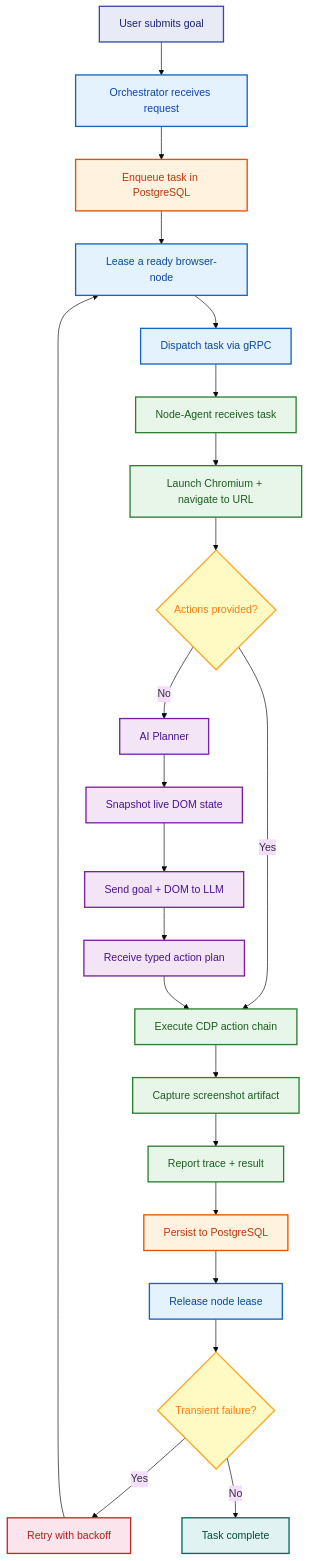
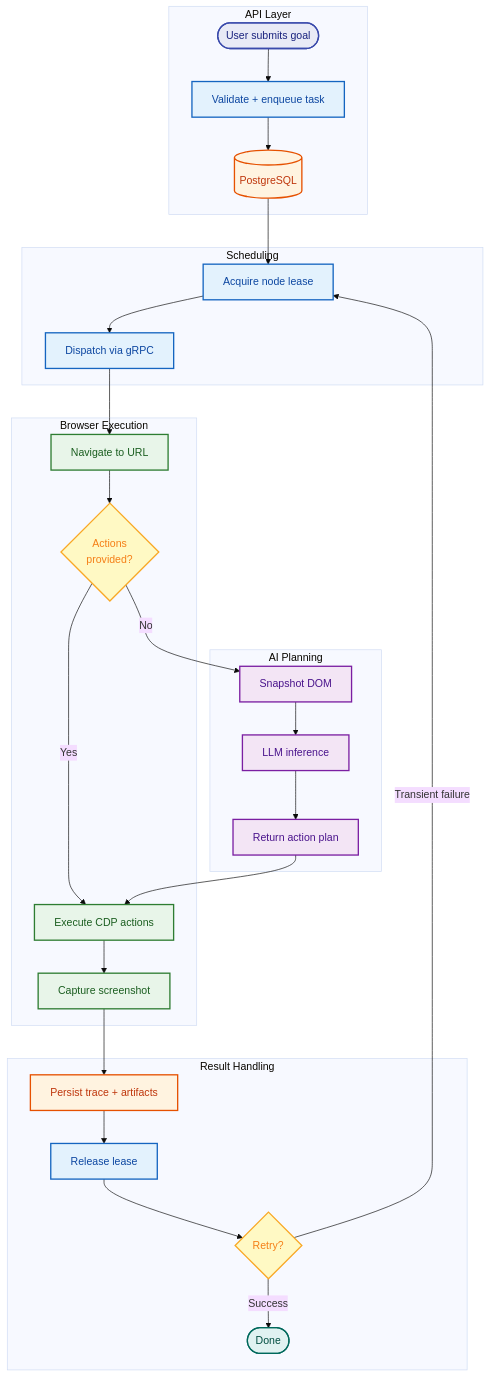
The first of 2 diagrams in README.md (VenkatGGG/Browser-use), drawn with Mermaid (base theme) before and after one commit. The commit also changed other lines of this file, not shown here.

Commit message:
docs: restructure diagrams with subgraph layers and cleaner flow

````diff
--- a/README.md
+++ b/README.md
@@ -38,33 +38,48 @@
 ```mermaid
 flowchart TD
-    A["User submits goal"]:::user --> B["Orchestrator receives request"]:::orch
-    B --> C["Enqueue task in PostgreSQL"]:::data
-    C --> D["Lease a ready browser-node"]:::orch
-    D --> E["Dispatch task via gRPC"]:::orch
-    E --> F["Node-Agent receives task"]:::sandbox
-    F --> G["Launch Chromium + navigate to URL"]:::sandbox
-    G --> H{"Actions provided?"}:::decision
-    H -- Yes --> J["Execute CDP action chain"]:::sandbox
-    H -- No --> I["AI Planner"]:::ai
-    I --> I1["Snapshot live DOM state"]:::ai
-    I1 --> I2["Send goal + DOM to LLM"]:::ai
-    I2 --> I3["Receive typed action plan"]:::ai
-    I3 --> J
-    J --> K["Capture screenshot artifact"]:::sandbox
-    K --> L["Report trace + result"]:::sandbox
-    L --> M["Persist to PostgreSQL"]:::data
-    M --> N["Release node lease"]:::orch
-    N --> O{"Transient failure?"}:::decision
-    O -- Yes --> P["Retry with backoff"]:::retry
-    P --> D
-    O -- No --> Q["Task complete"]:::done
+    subgraph API ["API Layer"]
+        A(["User submits goal"]):::user
+        B["Validate + enqueue task"]:::orch
+        C[("PostgreSQL")]:::data
+    end
+
+    subgraph SCHED ["Scheduling"]
+        D["Acquire node lease"]:::orch
+        E["Dispatch via gRPC"]:::orch
+    end
+
+    subgraph EXEC ["Browser Execution"]
+        F["Navigate to URL"]:::sandbox
+        H{"Actions\nprovided?"}:::decision
+        J["Execute CDP actions"]:::sandbox
+        K["Capture screenshot"]:::sandbox
+    end
+
+    subgraph PLAN ["AI Planning"]
+        I1["Snapshot DOM"]:::ai
+        I2["LLM inference"]:::ai
+        I3["Return action plan"]:::ai
+    end
+
+    subgraph RESULT ["Result Handling"]
+        L["Persist trace + artifacts"]:::data
+        N["Release lease"]:::orch
+        O{"Retry?"}:::decision
+        Q(["Done"]):::done
+    end
+
+    A --> B --> C --> D --> E --> F --> H
+    H -- "Yes" --> J
+    H -- "No" --> I1 --> I2 --> I3 --> J
+    J --> K --> L --> N --> O
+    O -- "Transient failure" --> D
+    O -- "Success" --> Q
 
     classDef user fill:#e8eaf6,stroke:#3949ab,color:#1a237e,stroke-width:2px
     classDef orch fill:#e3f2fd,stroke:#1565c0,color:#0d47a1,stroke-width:2px
     classDef sandbox fill:#e8f5e9,stroke:#2e7d32,color:#1b5e20,stroke-width:2px
     classDef ai fill:#f3e5f5,stroke:#7b1fa2,color:#4a148c,stroke-width:2px
     classDef data fill:#fff3e0,stroke:#e65100,color:#bf360c,stroke-width:2px
     classDef decision fill:#fff9c4,stroke:#f9a825,color:#f57f17,stroke-width:2px
-    classDef retry fill:#fce4ec,stroke:#c62828,color:#b71c1c,stroke-width:2px
     classDef done fill:#e0f2f1,stroke:#00695c,color:#004d40,stroke-width:2px
 ```
````
